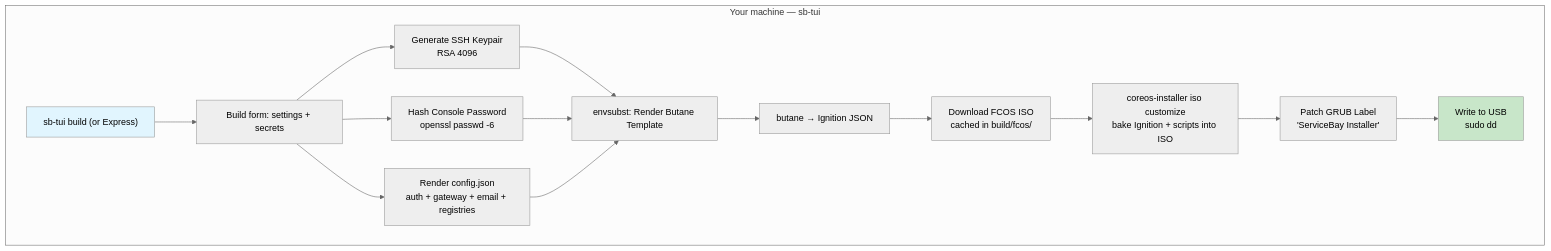
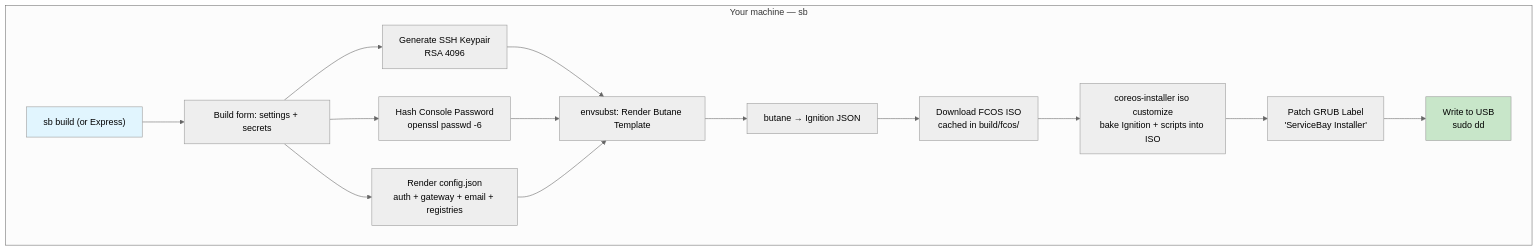
One commit to mdopp/servicebay changed the first of 8 diagrams in docs/INSTALLATION.md. Above: the diagram before and after it, drawn with Mermaid (neutral theme). The commit also changed other lines of this file and 157 other files, not shown here.

````diff
--- a/docs/INSTALLATION.md
+++ b/docs/INSTALLATION.md
@@ -5,22 +5,22 @@
 ```mermaid
 flowchart TD
-    subgraph "Your machine — sb-tui"
-        A["sb-tui build (or Express)"] --> B[Build form: settings + secrets]
+    subgraph "Your machine — sb"
+        A["sb build (or Express)"] --> B[Build form: settings + secrets]
         B --> C[Generate SSH Keypair<br/>RSA 4096]
         B --> D[Hash Console Password<br/>openssl passwd -6]
         B --> E[Render config.json<br/>auth + gateway + email + registries]
 
         C --> F[envsubst: Render Butane Template]
         D --> F
         E --> F
 
         F --> G[butane → Ignition JSON]
         G --> H[Download FCOS ISO<br/>cached in build/fcos/]
         H --> I["coreos-installer iso customize<br/>bake Ignition + scripts into ISO"]
         I --> J[Patch GRUB Label<br/>'ServiceBay Installer']
         J --> K[Write to USB<br/>sudo dd]
     end
 
     style A fill:#e1f5fe
     style K fill:#c8e6c9
 ```
````
